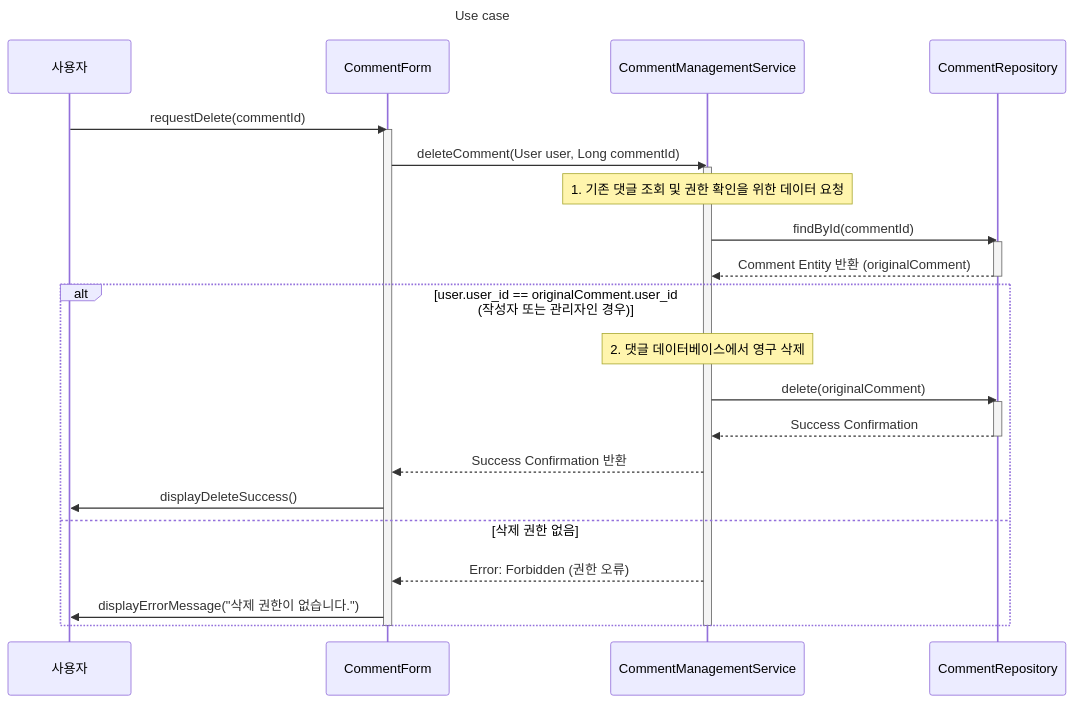
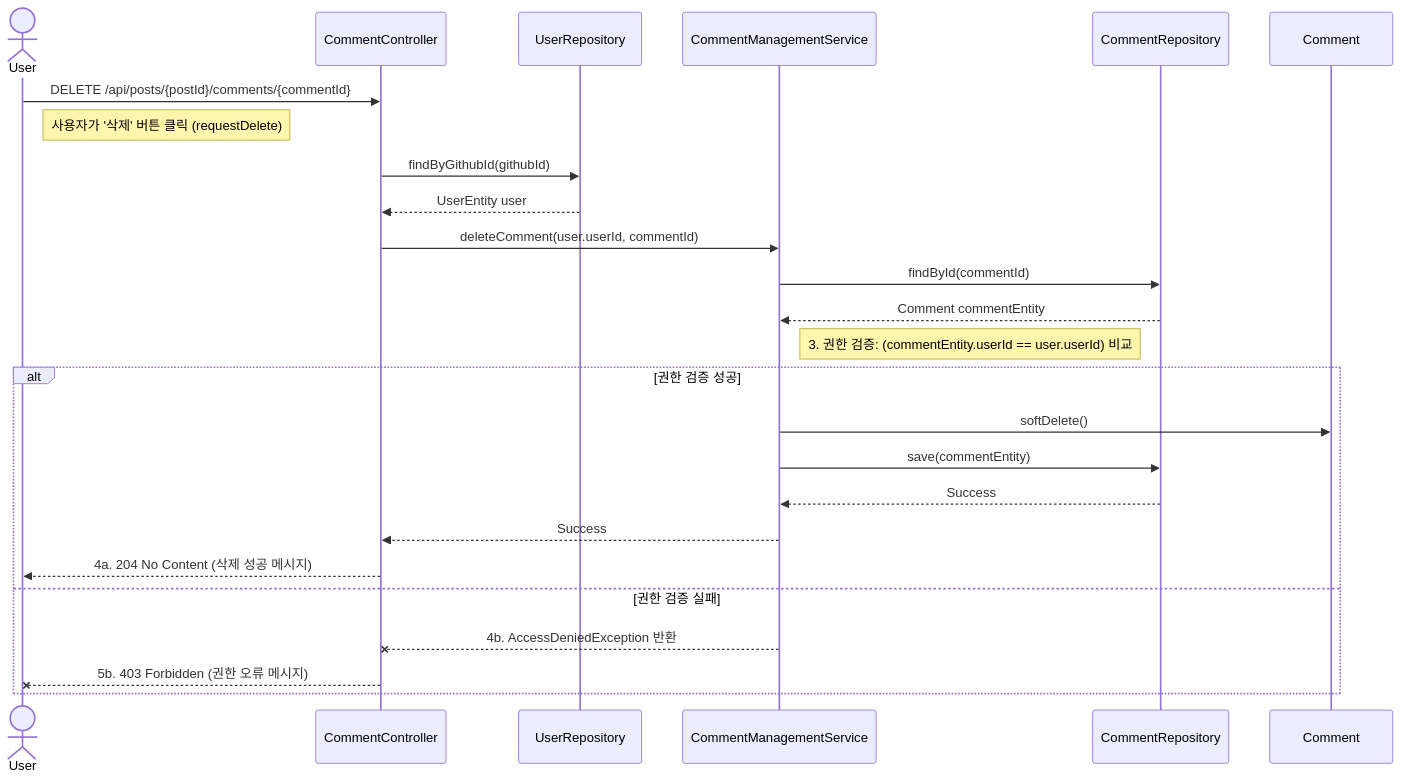
One commit to OHWCH/se_dev changed diagram 38 of 47 in SDS_[깃라잡이].md. Above: the diagram before and after it, drawn with Mermaid. The commit also changed other lines of this file, not shown here.

````diff
--- a/SDS_[깃라잡이].md
+++ b/SDS_[깃라잡이].md
@@ -6127,40 +5800,28 @@
 ```mermaid
 sequenceDiagram
-    participant User as 사용자
-    participant Boundary as CommentForm
-    participant Control as CommentManagementService
-    participant Repository_C as CommentRepository
-    
-    Title: Use case #34: 댓글 삭제
-    
-    User->>Boundary: requestDelete(commentId)
-    activate Boundary
-    
-    Boundary->>Control: deleteComment(User user, Long commentId)
-    activate Control
-    
-    Note over Control: 1. 기존 댓글 조회 및 권한 확인을 위한 데이터 요청
-    
-    Control->>Repository_C: findById(commentId)
-    activate Repository_C
-    Repository_C-->>Control: Comment Entity 반환 (originalComment)
-    deactivate Repository_C
-    
-    alt user.user_id == originalComment.user_id (작성자 또는 관리자인 경우)
-        
-        Note over Control: 2. 댓글 데이터베이스에서 영구 삭제
-        Control->>Repository_C: delete(originalComment)
-        activate Repository_C
-        Repository_C-->>Control: Success Confirmation
-        deactivate Repository_C
-        
-        Control-->>Boundary: Success Confirmation 반환
-        Boundary->>User: displayDeleteSuccess()
-    else 삭제 권한 없음
-        Control-->>Boundary: Error: Forbidden (권한 오류)
-        Boundary->>User: displayErrorMessage("삭제 권한이 없습니다.")
+    actor User
+    User ->> CommentController: DELETE /api/posts/{postId}/comments/{commentId}
+    Note right of User: 사용자가 '삭제' 버튼 클릭 (requestDelete)
+
+    %% 1. 사용자 정보 수집
+    CommentController ->> UserRepository: findByGithubId(githubId)
+    UserRepository -->> CommentController: UserEntity user
+
+    %% 2. Control 위임 및 Entity 조회
+    CommentController ->> CommentManagementService: deleteComment(user.userId, commentId)
+    CommentManagementService ->> CommentRepository: findById(commentId)
+    CommentRepository -->> CommentManagementService: Comment commentEntity
+
+    Note right of CommentManagementService: 3. 권한 검증: (commentEntity.userId == user.userId) 비교
+
+    alt 권한 검증 성공
+        CommentManagementService ->> Comment: softDelete()
+        CommentManagementService ->> CommentRepository: save(commentEntity)
+        CommentRepository -->> CommentManagementService: Success
+        CommentManagementService -->> CommentController: Success
+        CommentController -->> User: 4a. 204 No Content (삭제 성공 메시지)
+    else 권한 검증 실패
+        CommentManagementService --x CommentController: 4b. AccessDeniedException 반환
+        CommentController --x User: 5b. 403 Forbidden (권한 오류 메시지)
     end
-    
-    deactivate Control
-    deactivate Boundary
 ```
````
